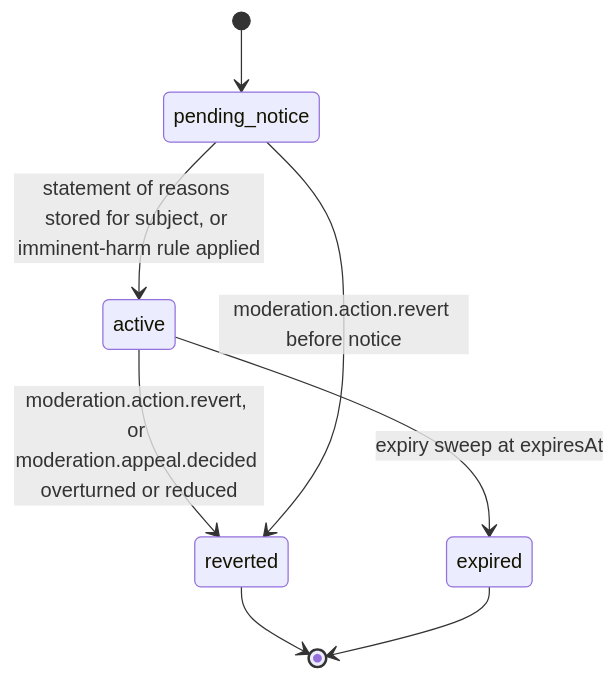
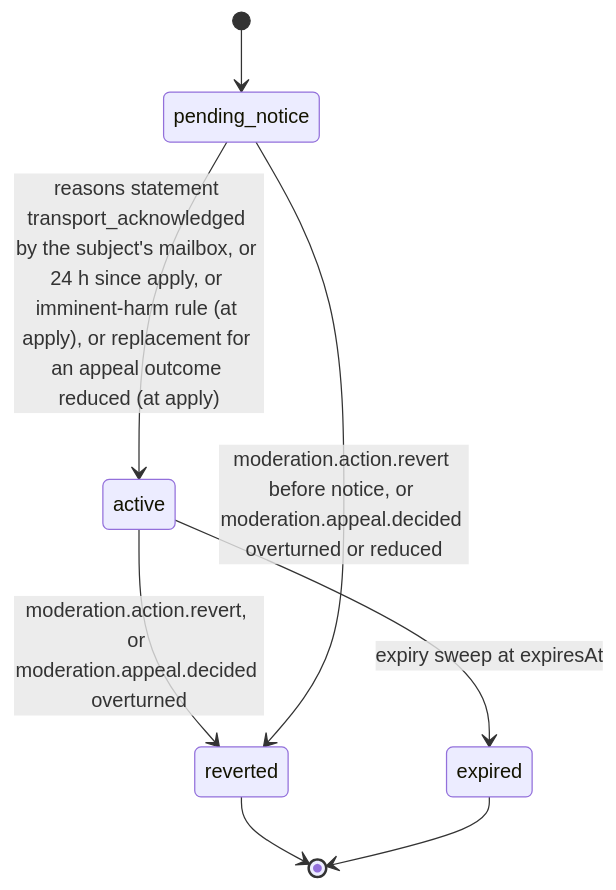
Before and after one commit to djshellshoxxx/CLASSifiedisRUPTed: the second of 2 diagrams in 12_Moderation/02_policy/mod_enforcement/workflow_state_machine.md, drawn with Mermaid. The commit also changed other lines of this file and 343 other files, not shown here.

````diff
--- a/12_Moderation/02_policy/mod_enforcement/workflow_state_machine.md
+++ b/12_Moderation/02_policy/mod_enforcement/workflow_state_machine.md
@@ -47,10 +49,10 @@
 ```mermaid
 stateDiagram-v2
   [*] --> pending_notice
-  pending_notice --> active: statement of reasons stored for subject, or imminent-harm rule applied
-  active --> reverted: moderation.action.revert, or moderation.appeal.decided overturned or reduced
+  pending_notice --> active: reasons statement transport_acknowledged by the subject's mailbox, or 24 h since apply, or imminent-harm rule (at apply), or replacement for an appeal outcome reduced (at apply)
+  active --> reverted: moderation.action.revert, or moderation.appeal.decided overturned
   active --> expired: expiry sweep at expiresAt
-  pending_notice --> reverted: moderation.action.revert before notice
+  pending_notice --> reverted: moderation.action.revert before notice, or moderation.appeal.decided overturned or reduced
   reverted --> [*]
   expired --> [*]
 ```
````
